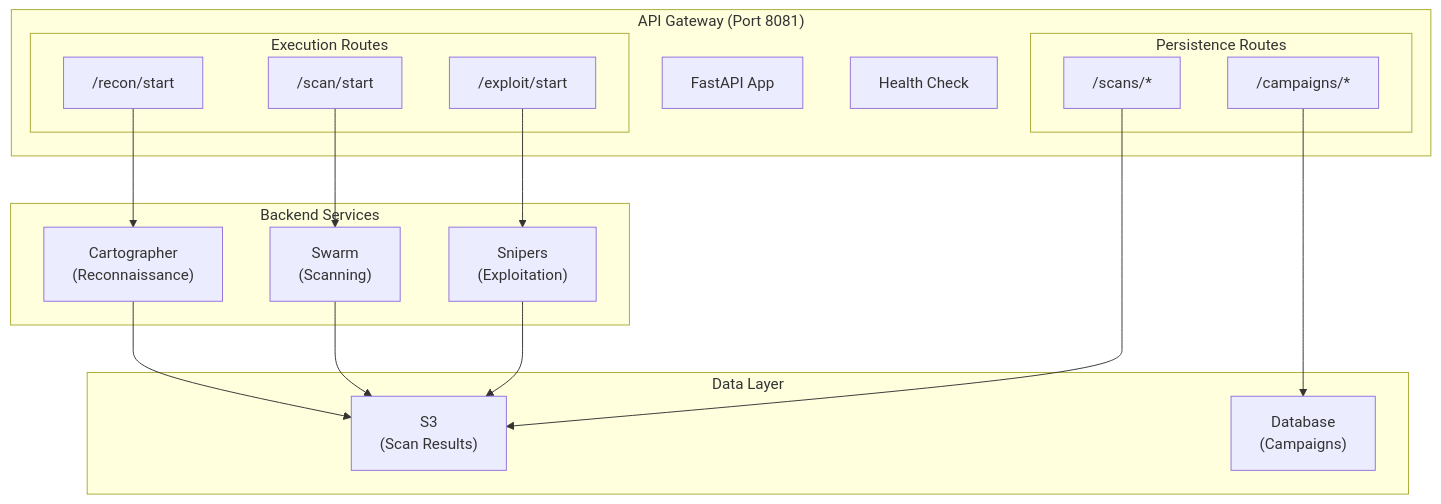
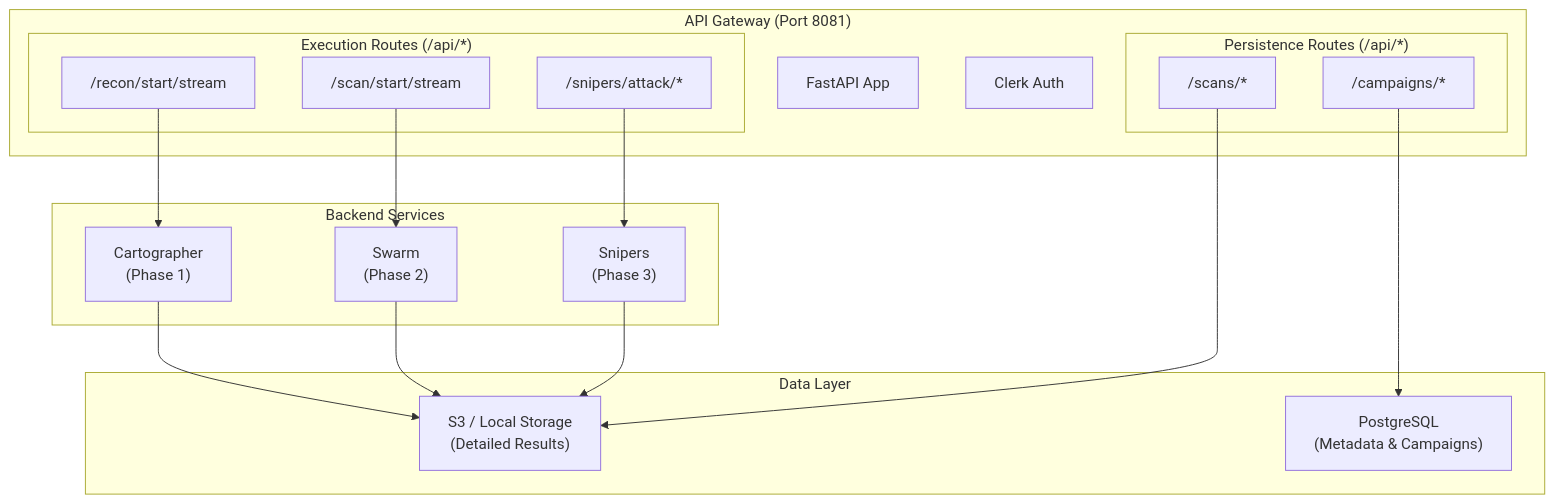
Before and after one commit to h19overflow/ASPEXA_AUTOMA: the diagram in services/api_gateway/README.md, drawn with Mermaid. The commit also changed other lines of this file and 9 other files, not shown here.

````diff
--- a/services/api_gateway/README.md
+++ b/services/api_gateway/README.md
@@ -11,40 +11,40 @@
 ```mermaid
 graph TB
     subgraph "API Gateway (Port 8081)"
         AG[FastAPI App]
-        Health["Health Check"]
+        Auth[Clerk Auth]
 
-        subgraph "Execution Routes"
-            ReconEP["/recon/start"]
-            ScanEP["/scan/start"]
-            ExploitEP["/exploit/start"]
+        subgraph "Execution Routes (/api/*)"
+            ReconEP["/recon/start/stream"]
+            ScanEP["/scan/start/stream"]
+            ExploitEP["/snipers/attack/*"]
         end
 
-        subgraph "Persistence Routes"
+        subgraph "Persistence Routes (/api/*)"
             CampaignEP["/campaigns/*"]
             ScansEP["/scans/*"]
         end
     end
 
     subgraph "Backend Services"
-        Cartographer["Cartographer<br/>(Reconnaissance)"]
-        Swarm["Swarm<br/>(Scanning)"]
-        Snipers["Snipers<br/>(Exploitation)"]
+        Cartographer["Cartographer<br/>(Phase 1)"]
+        Swarm["Swarm<br/>(Phase 2)"]
+        Snipers["Snipers<br/>(Phase 3)"]
     end
 
     subgraph "Data Layer"
-        S3["S3<br/>(Scan Results)"]
-        DB["Database<br/>(Campaigns)"]
+        S3["S3 / Local Storage<br/>(Detailed Results)"]
+        DB["PostgreSQL<br/>(Metadata & Campaigns)"]
     end
 
     ReconEP --> Cartographer
     ScanEP --> Swarm
     ExploitEP --> Snipers
 
     Cartographer --> S3
     Swarm --> S3
     Snipers --> S3
 
     CampaignEP --> DB
     ScansEP --> S3
 ```
````
